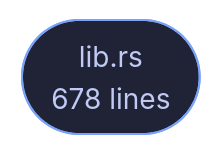
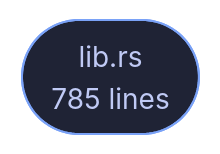
One commit to tilas01/veilvoice changed the diagram in crates/veilvoice-workspace/README.md. Above: the diagram before and after it, drawn with Mermaid. The commit also changed other lines of this file and 27 other files, not shown here.

````diff
--- a/crates/veilvoice-workspace/README.md
+++ b/crates/veilvoice-workspace/README.md
@@ -98,6 +98,6 @@
 ```mermaid
 %%{init: {"theme":"base","themeVariables":{"background":"#1a1b26","primaryColor":"#1f2335","primaryTextColor":"#c0caf5","primaryBorderColor":"#7aa2f7","secondaryColor":"#16161e","tertiaryColor":"#16161e","lineColor":"#737aa2","textColor":"#c0caf5","mainBkg":"#1f2335","nodeBorder":"#7aa2f7","clusterBkg":"#16161e","clusterBorder":"#2f3549","fontFamily":"ui-monospace, SFMono-Regular, Consolas, monospace","fontSize":"14px"}}}%%
 flowchart TD
-    n_lib(["lib.rs<br/>678 lines"])
+    n_lib(["lib.rs<br/>785 lines"])
     click n_lib href "https://github.com/tilas01/veilvoice/blob/main/crates/veilvoice-workspace/src/lib.rs" "open the source"
 ```
````
